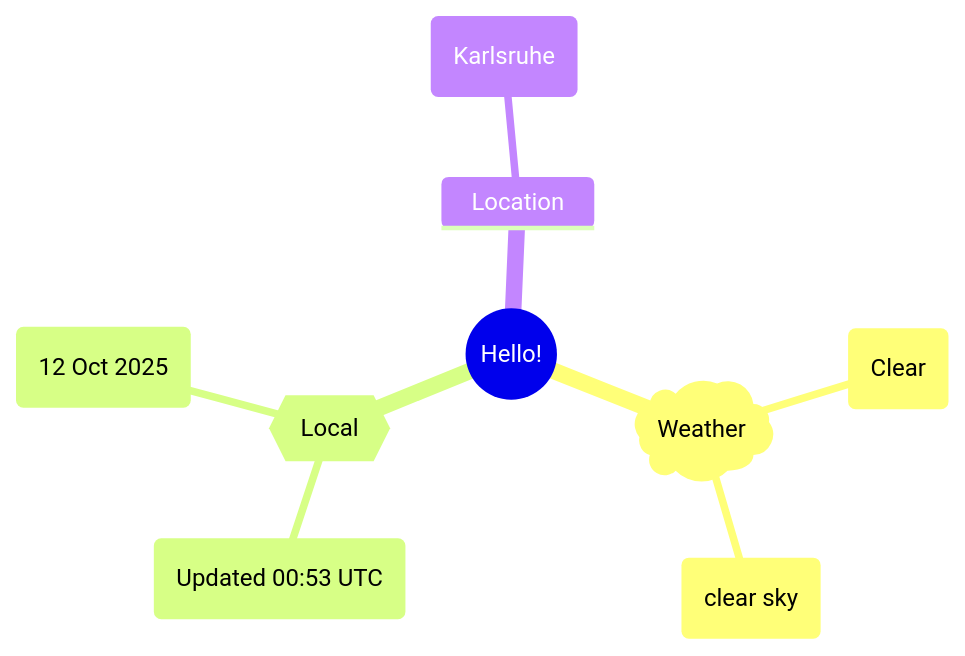
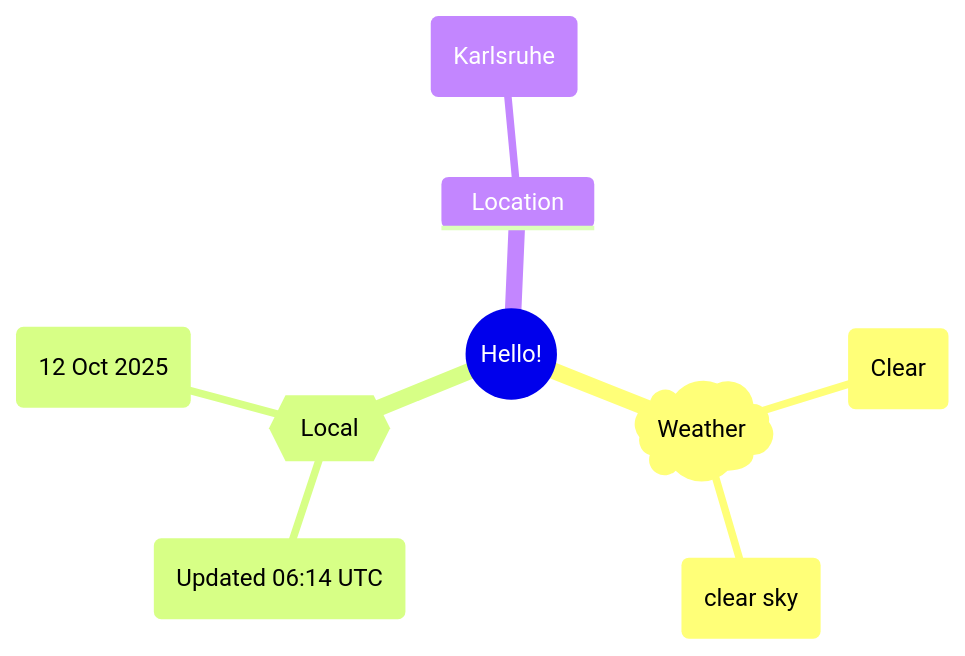
One commit to Xosrov/Xosrov changed the first of 2 diagrams in README.md. Above: the diagram before and after it, drawn with Mermaid.

Commit message:
[bot] updated images

````diff
--- a/README.md
+++ b/README.md
@@ -3,12 +3,12 @@
 ```mermaid
 mindmap
   root((Hello!))
     )Weather(
         (Clear)
         (clear sky)
     {{Local}}
-        (Updated 00:53 UTC)
+        (Updated 06:14 UTC)
         (12 Oct 2025)
     Location
         (Karlsruhe)
 ```
````
